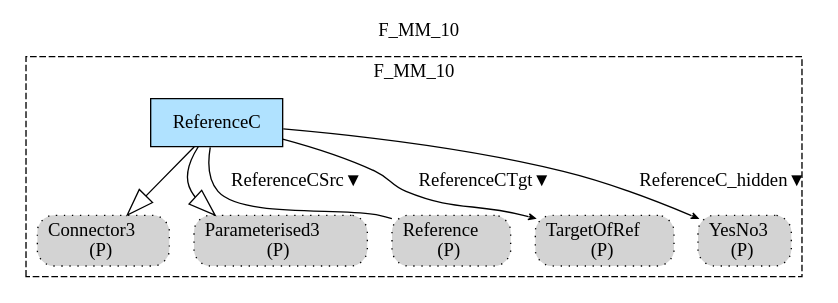
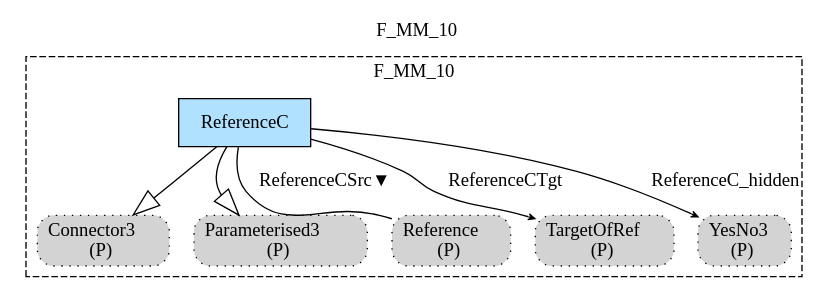
One commit to namalio/Fragmenta changed the diagram in Haskell/PCs/MM/img/F_MM_10.gv. Above: the diagram before and after it, drawn with Graphviz. The commit also changed 157 other files, not shown here.

```diff
--- a/Haskell/PCs/MM/img/F_MM_10.gv
+++ b/Haskell/PCs/MM/img/F_MM_10.gv
@@ -1,22 +1,22 @@
 digraph {graph[label=F_MM_10,labelloc=tl,labelfontsize=12];
 subgraph cluster_F_MM_10{style=dashed;label=F_MM_10;
+"ReferenceC"[shape=record,fillcolor=lightskyblue1,style = filled,label="ReferenceC"];
 "PConnector3"[shape=box,fillcolor=lightgray,style ="rounded,filled,dotted",label=<Connector3<br/>(P)>];
 "PParameterised3"[shape=box,fillcolor=lightgray,style ="rounded,filled,dotted",label=<Parameterised3<br/>(P)>];
 "PReference"[shape=box,fillcolor=lightgray,style ="rounded,filled,dotted",label=<Reference<br/>(P)>];
 "PTargetOfRef"[shape=box,fillcolor=lightgray,style ="rounded,filled,dotted",label=<TargetOfRef<br/>(P)>];
-"ReferenceC"[shape=record,fillcolor=lightskyblue1,style = filled,label="ReferenceC"];
 "PYesNo3"[shape=box,fillcolor=lightgray,style ="rounded,filled,dotted",label=<YesNo3<br/>(P)>];
 
 "ReferenceC"->"PConnector3"[arrowhead=onormal,arrowsize=2.0];
 "ReferenceC"->"PParameterised3"[arrowhead=onormal,arrowsize=2.0];
 "ReferenceC"->"PReference"[label="ReferenceCSrc▼",dir=none,taillabel="",headlabel=""];
-"ReferenceC"->"PTargetOfRef"[label="ReferenceCTgt▼",arrowhead=vee,headlabel="",arrowsize=.5];
-"ReferenceC"->"PYesNo3"[label="ReferenceC_hidden▼",arrowhead=vee,headlabel="",arrowsize=.5];
+"ReferenceC"->"PTargetOfRef"[label="ReferenceCTgt",arrowhead=vee,headlabel="",arrowsize=.5];
+"ReferenceC"->"PYesNo3"[label="ReferenceC_hidden",arrowhead=vee,headlabel="",arrowsize=.5];
 
 }
 
 
 
 
 
 }
```
